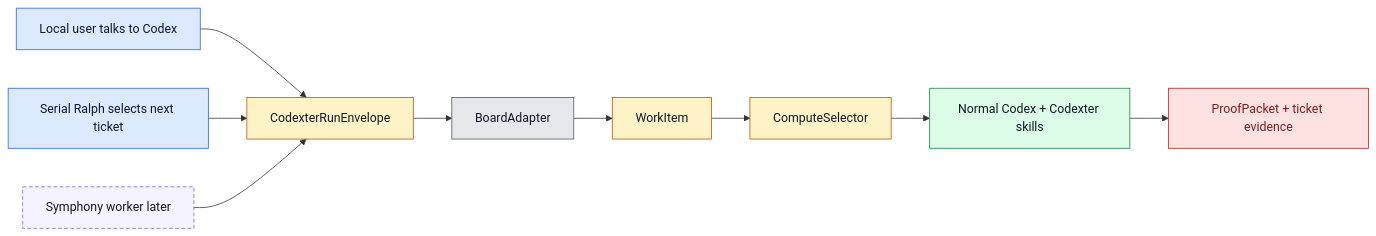
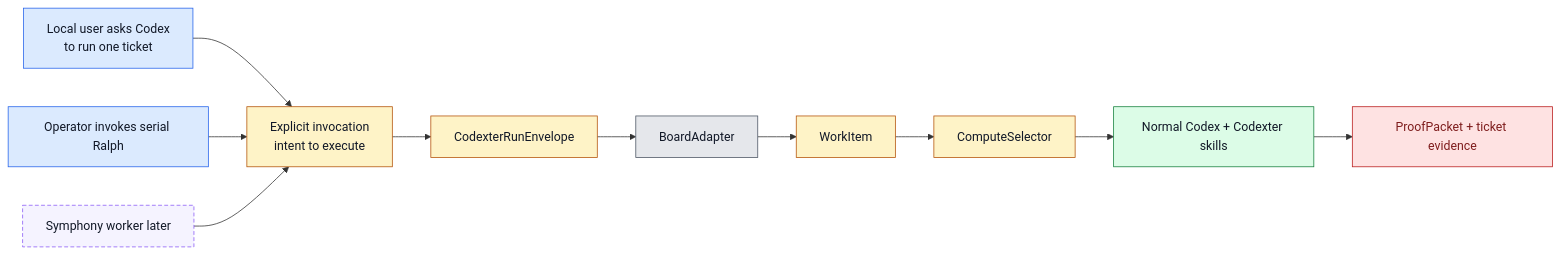
The first of 4 diagrams in docs/specs/board-compute-orchestration.md (ZanarkandTechnologies/Farplane), drawn with Mermaid before and after one commit. The commit also changed other lines of this file and 17 other files, not shown here.

Commit message:
docs(invocation): require explicit ticket run triggers

````diff
--- a/docs/specs/board-compute-orchestration.md
+++ b/docs/specs/board-compute-orchestration.md
@@ -93,18 +103,19 @@
 ```mermaid
 flowchart LR
   classDef local fill:#dbeafe,stroke:#2563eb,color:#111827
   classDef board fill:#e5e7eb,stroke:#4b5563,color:#111827
   classDef policy fill:#fef3c7,stroke:#b45309,color:#111827
   classDef compute fill:#dcfce7,stroke:#15803d,color:#111827
   classDef proof fill:#fee2e2,stroke:#b91c1c,color:#7f1d1d
   classDef future fill:#f5f3ff,stroke:#8b5cf6,color:#111827,stroke-dasharray: 5 3
 
-  User["Local user talks to Codex"]:::local --> Envelope["CodexterRunEnvelope"]:::policy
-  Ralph["Serial Ralph selects next ticket"]:::local --> Envelope
-  Symphony["Symphony worker later"]:::future --> Envelope
+  User["Local user asks Codex<br/>to run one ticket"]:::local --> Invoke["Explicit invocation<br/>intent to execute"]:::policy
+  Ralph["Operator invokes serial Ralph"]:::local --> Invoke
+  Symphony["Symphony worker later"]:::future --> Invoke
+  Invoke --> Envelope["CodexterRunEnvelope"]:::policy
   Envelope --> Adapter["BoardAdapter"]:::board
   Adapter --> Item["WorkItem"]:::policy
   Item --> Selector["ComputeSelector"]:::policy
   Selector --> Codex["Normal Codex + Codexter skills"]:::compute
   Codex --> Proof["ProofPacket + ticket evidence"]:::proof
 ```
````
